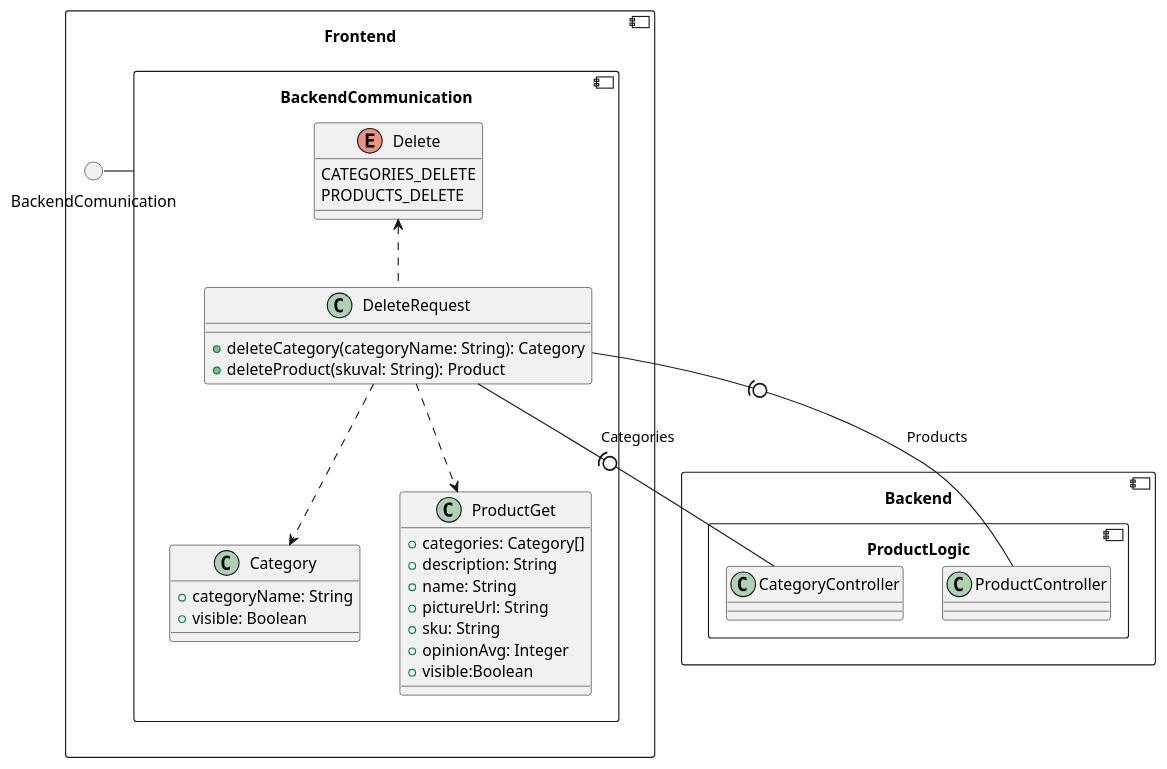
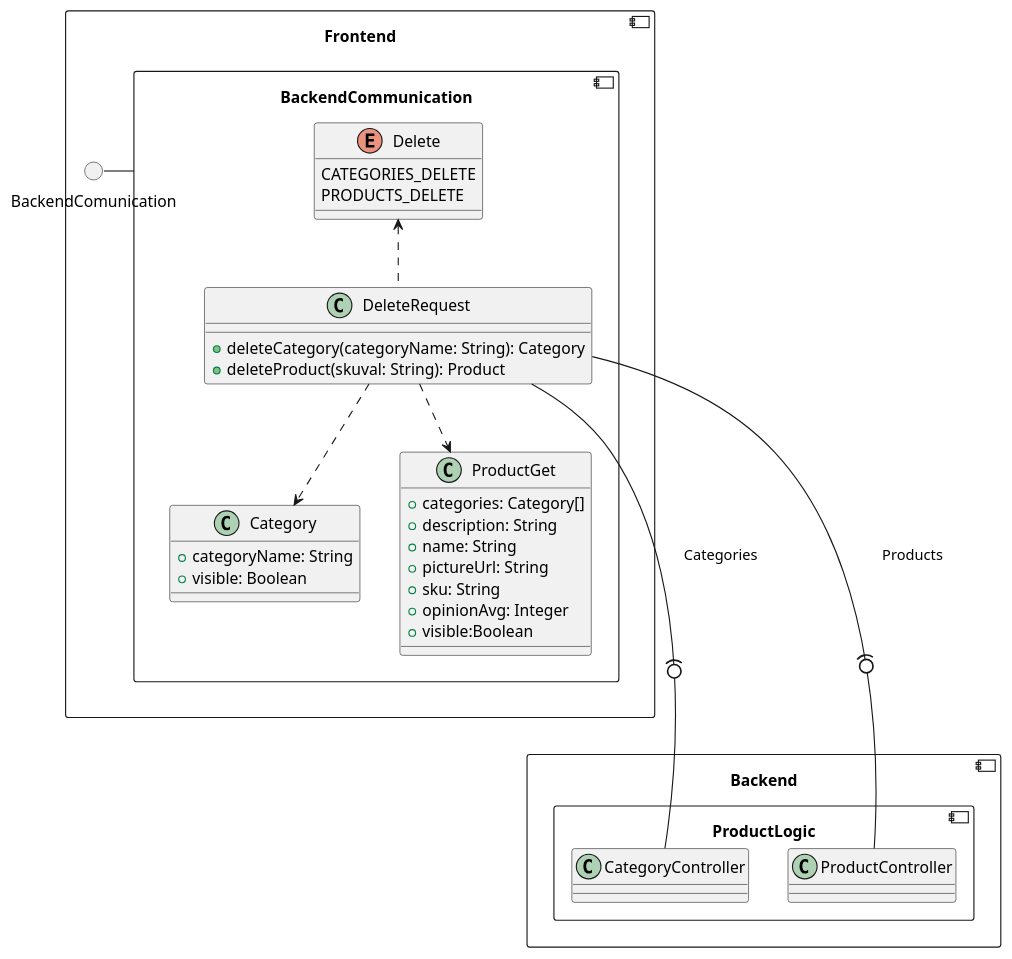
One commit to RadekBucki/OpinionCollectorArchitecture changed the tenth of 17 diagrams in FullClassDiagrams.md. Above: the diagram before and after it, drawn with PlantUML. The commit also changed other lines of this file, not shown here.

````diff
--- a/FullClassDiagrams.md
+++ b/FullClassDiagrams.md
@@ -738,45 +738,45 @@
 ```plantuml
 component Frontend {
     circle BackendComunication
     component BackendCommunication {
         
         enum Delete {
             CATEGORIES_DELETE
             PRODUCTS_DELETE
         }
         
         class Category {
             + categoryName: String
             + visible: Boolean
         }
         
         class ProductGet {
             + categories: Category[]
             + description: String
             + name: String
             + pictureUrl: String
             + sku: String
             + opinionAvg: Integer
             + visible:Boolean
         }
         
         class DeleteRequest {
             + deleteCategory(categoryName: String): Category
             + deleteProduct(skuval: String): Product
         }
         Delete <.. DeleteRequest
         DeleteRequest ..> Category
         DeleteRequest ..> ProductGet
     }
     BackendComunication - BackendCommunication
 }
 component Backend {
     component ProductLogic {
         class CategoryController
         class ProductController
     }
 }
         
-DeleteRequest -(0- CategoryController   : Categories
-DeleteRequest -(0- ProductController    : Products
+DeleteRequest -(0-- CategoryController   : Categories
+DeleteRequest -(0-- ProductController    : Products
 ```
````
